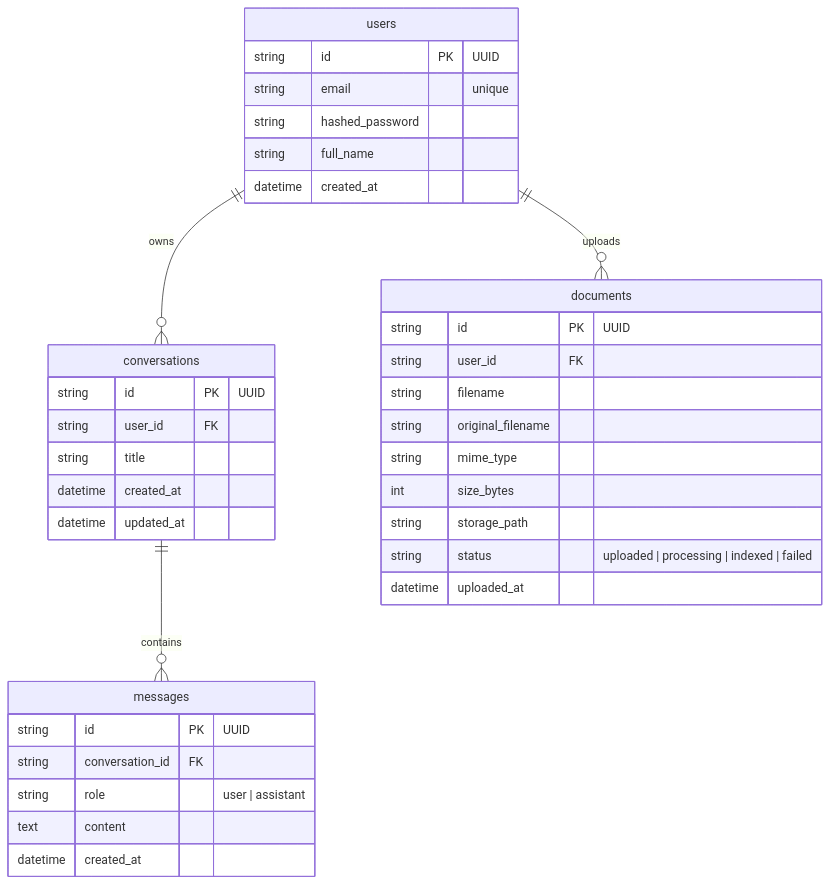
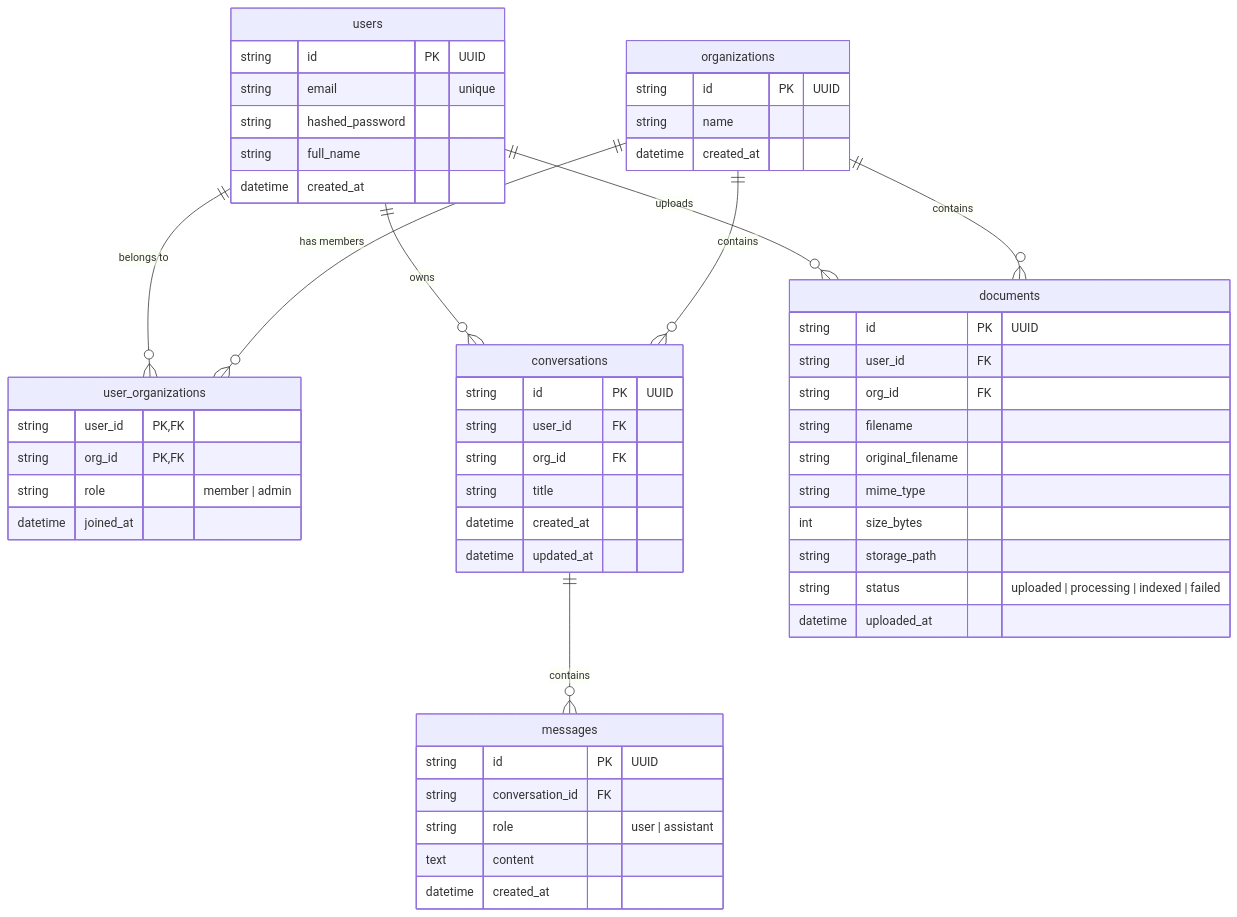
Before and after one commit to midu-01/AI-SUPPORT-DASHBOARD: the diagram in docs/schema.md, drawn with Mermaid. The commit also changed other lines of this file and 2 other files, not shown here.

Commit message:
feat: update assumptions and API documentation for multi-organization support and user roles

````diff
--- a/docs/schema.md
+++ b/docs/schema.md
@@ -5,42 +5,61 @@
 ```mermaid
 erDiagram
     users {
         string id PK "UUID"
         string email "unique"
         string hashed_password
         string full_name
         datetime created_at
     }
 
+    organizations {
+        string id PK "UUID"
+        string name
+        datetime created_at
+    }
+
+    user_organizations {
+        string user_id PK,FK
+        string org_id PK,FK
+        string role "member | admin"
+        datetime joined_at
+    }
+
     conversations {
         string id PK "UUID"
         string user_id FK
+        string org_id FK
         string title
         datetime created_at
         datetime updated_at
     }
 
     messages {
         string id PK "UUID"
         string conversation_id FK
         string role "user | assistant"
         text content
         datetime created_at
     }
 
     documents {
         string id PK "UUID"
         string user_id FK
+        string org_id FK
         string filename
         string original_filename
         string mime_type
         int size_bytes
         string storage_path
         string status "uploaded | processing | indexed | failed"
         datetime uploaded_at
     }
 
+    users ||--o{ user_organizations : "belongs to"
+    organizations ||--o{ user_organizations : "has members"
     users ||--o{ conversations : owns
+    organizations ||--o{ conversations : contains
     users ||--o{ documents : uploads
+    organizations ||--o{ documents : contains
     conversations ||--o{ messages : contains
 ```
````
